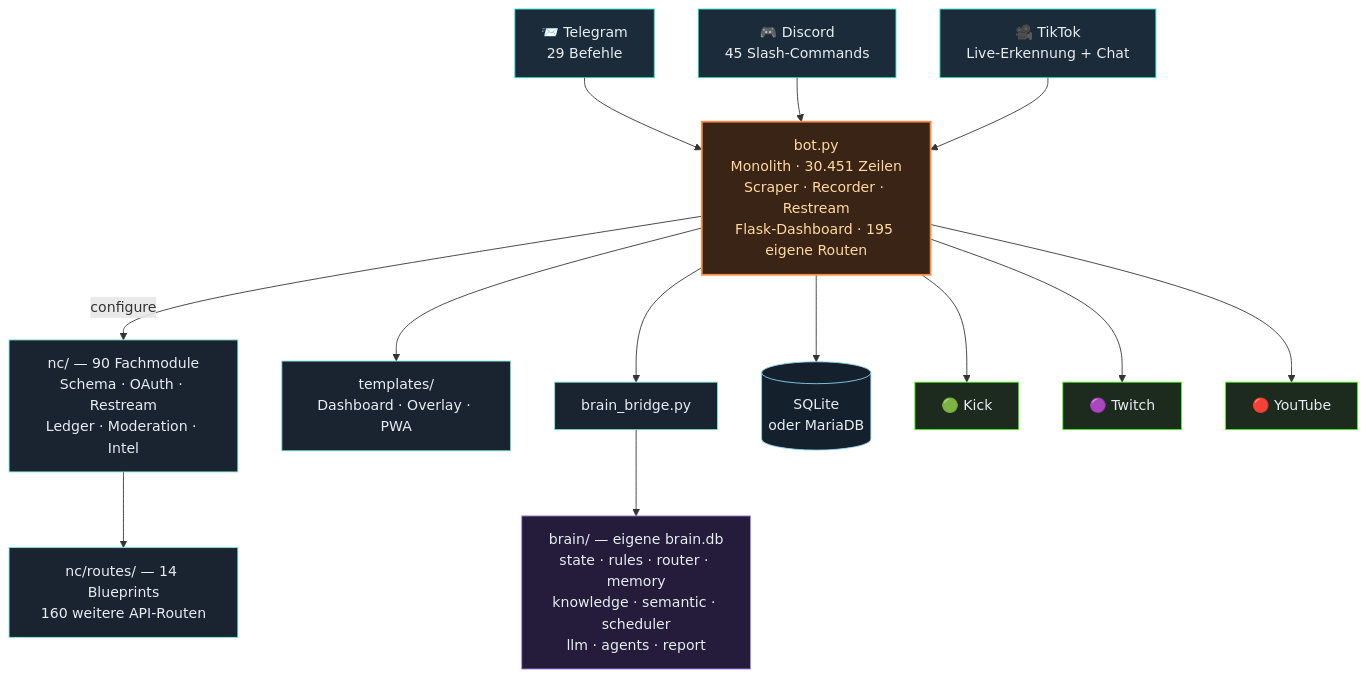
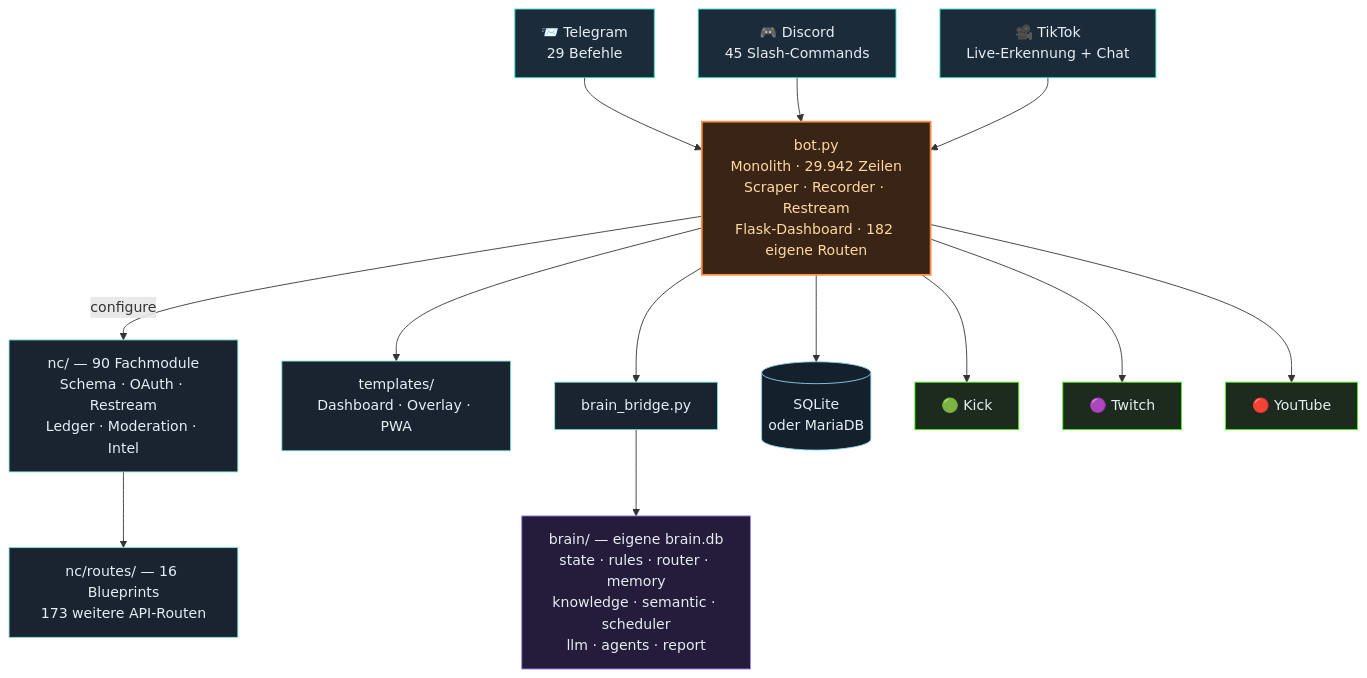
One commit to itsamemedev/Telegram-Stream-Info-Bot changed the third of 4 diagrams in README.md. Above: the diagram before and after it, drawn with Mermaid. The commit also changed other lines of this file and 12 other files, not shown here.

````diff
--- a/README.md
+++ b/README.md
@@ -187,30 +187,30 @@
 ```mermaid
 flowchart TB
     TG["📨 Telegram<br/>29 Befehle"]:::ein
     DC["🎮 Discord<br/>45 Slash-Commands"]:::ein
     TT["🎥 TikTok<br/>Live-Erkennung + Chat"]:::ein
 
     TG --> BOT
     DC --> BOT
     TT --> BOT
 
-    BOT["bot.py<br/>Monolith · 30.451 Zeilen<br/>Scraper · Recorder · Restream<br/>Flask-Dashboard · 195 eigene Routen"]:::core
+    BOT["bot.py<br/>Monolith · 29.942 Zeilen<br/>Scraper · Recorder · Restream<br/>Flask-Dashboard · 182 eigene Routen"]:::core
 
     BOT -->|configure| NC["nc/ — 90 Fachmodule<br/>Schema · OAuth · Restream<br/>Ledger · Moderation · Intel"]:::lib
-    NC --> RT["nc/routes/ — 14 Blueprints<br/>160 weitere API-Routen"]:::lib
+    NC --> RT["nc/routes/ — 16 Blueprints<br/>173 weitere API-Routen"]:::lib
     BOT --> TPL["templates/<br/>Dashboard · Overlay · PWA"]:::lib
     BOT --> BR["brain_bridge.py"]:::lib
     BR --> BRAIN["brain/ — eigene brain.db<br/>state · rules · router · memory<br/>knowledge · semantic · scheduler<br/>llm · agents · report"]:::brain
     BOT --> DB[("SQLite<br/>oder MariaDB")]:::db
 
     BOT --> KICK["🟢 Kick"]:::out
     BOT --> TW["🟣 Twitch"]:::out
     BOT --> YT["🔴 YouTube"]:::out
 
     classDef ein fill:#1c2b3a,stroke:#2de1c2,color:#e6edf3
     classDef core fill:#3a2415,stroke:#ff8c42,stroke-width:2px,color:#ffd9a0
     classDef lib fill:#1a2430,stroke:#7fe7d4,color:#e6edf3
     classDef brain fill:#241c3a,stroke:#a78bfa,color:#e6edf3
     classDef db fill:#14202c,stroke:#8fd3f4,color:#e6edf3
     classDef out fill:#1c2b1e,stroke:#53fc18,color:#e6edf3
 ```
````
